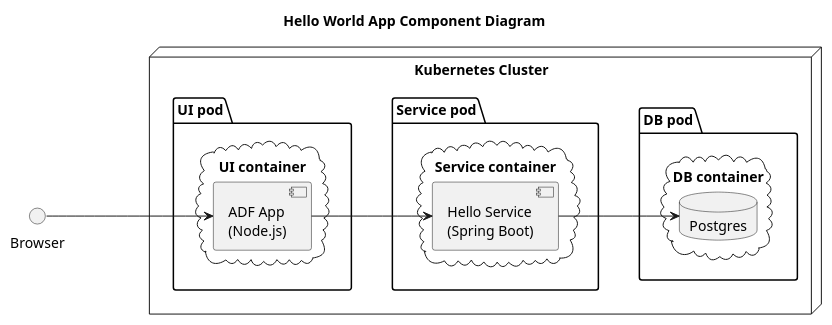
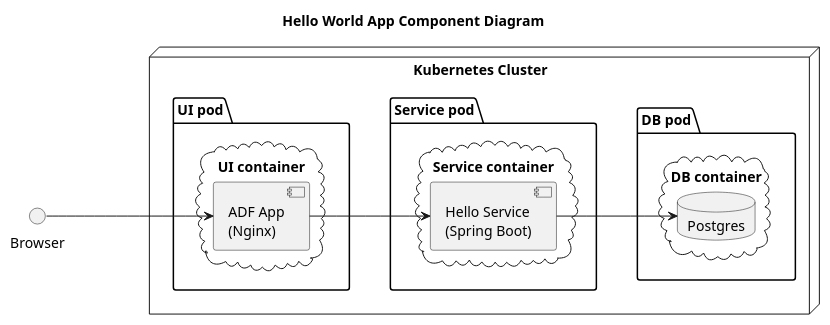
Before and after one commit to Alfresco/alfresco-anaxes-hello-world: the diagram in diagrams/component-diagram.puml, drawn with PlantUML. The commit also changed 3 other files, not shown here.

```diff
--- a/diagrams/component-diagram.puml
+++ b/diagrams/component-diagram.puml
@@ -1,33 +1,33 @@
 @startuml
 
 Title: Hello World App Component Diagram
 
 left to right direction
 
 () Browser as B
 
 node "Kubernetes Cluster" {
     package "UI pod" {
         cloud "UI container" {
-            component [ADF App\n(Node.js)] as UI
+            component [ADF App\n(Nginx)] as UI
         }
     }
 
     package "Service pod" {
         cloud "Service container" {
             component [Hello Service\n(Spring Boot)] as Svc
         }
     }
 
     package "DB pod" {
         cloud "DB container" {
             database Postgres as DB
         }
     }
 }
 
 B ---> UI
 UI ---> Svc
 Svc ---> DB
 
 @enduml 
```
